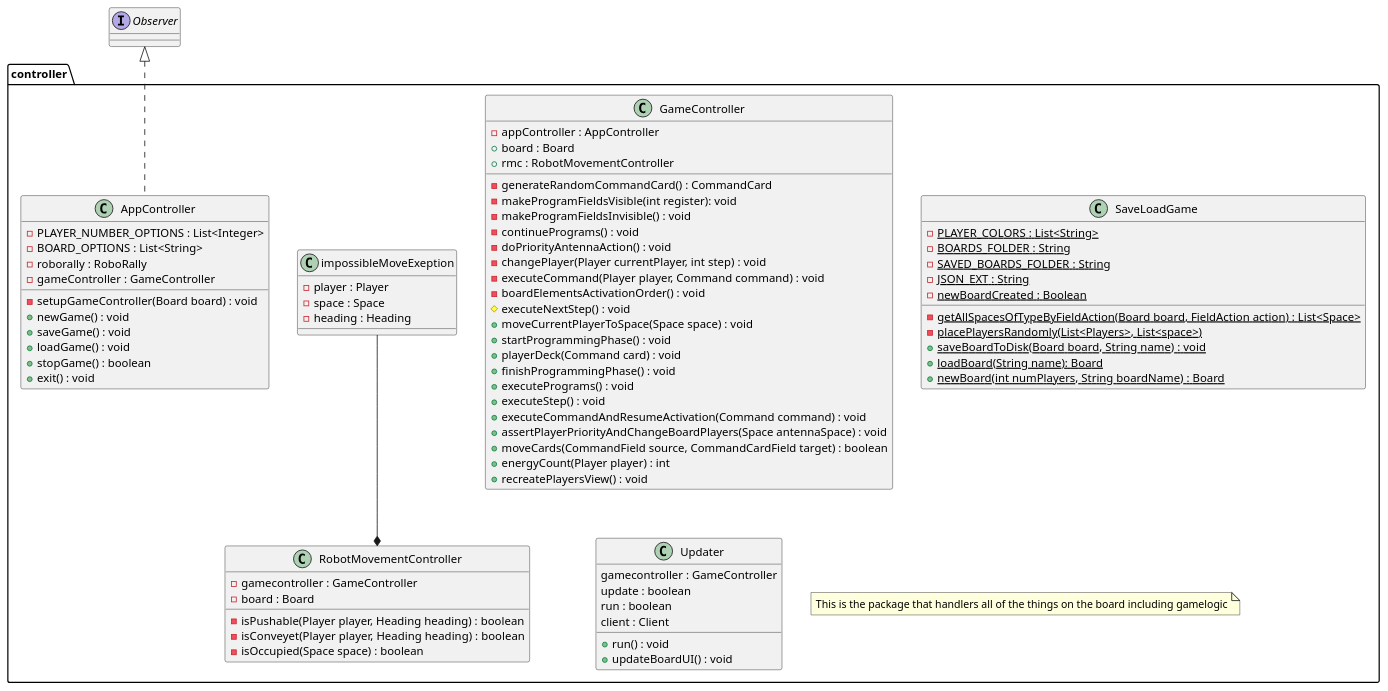
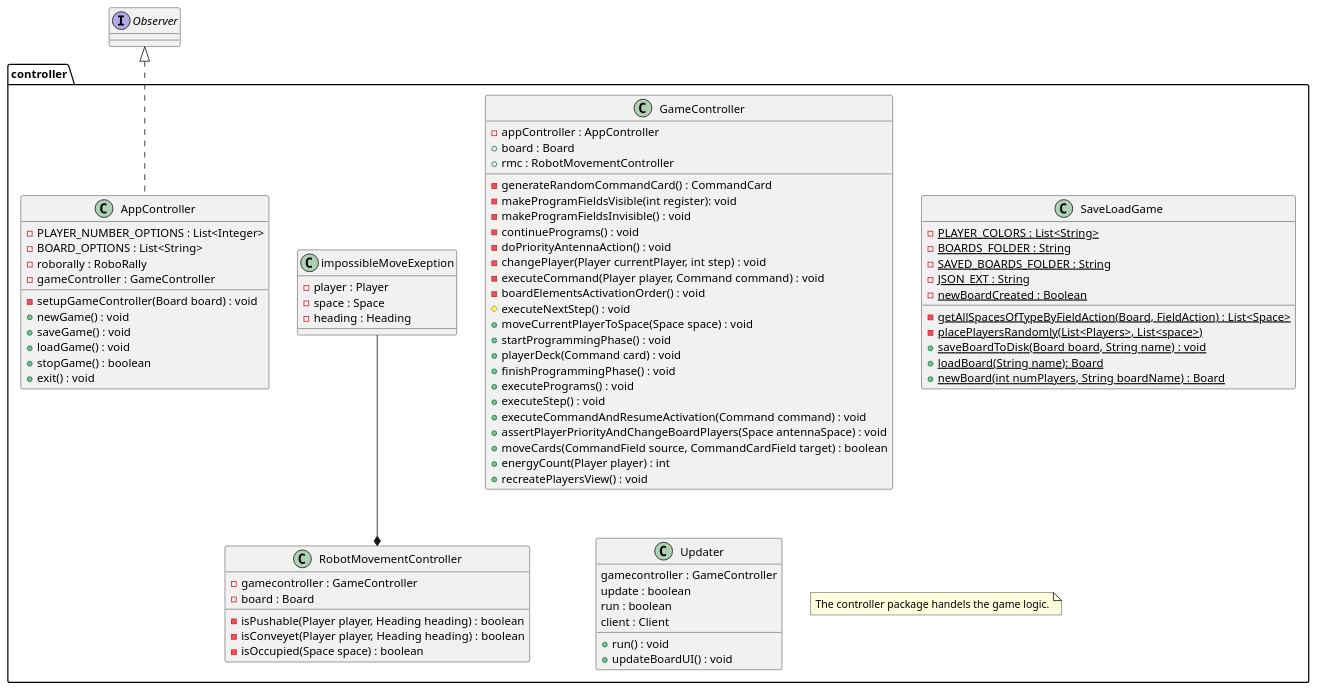
The diagram in diagrams/DesignClassDiagramPackageController.puml (MikaelFangel/RoboRally), drawn with PlantUML before and after one commit.

Commit message:
Updates to DesignClassDiagramPackageController.puml.

```diff
--- a/diagrams/DesignClassDiagramPackageController.puml
+++ b/diagrams/DesignClassDiagramPackageController.puml
@@ -1,87 +1,87 @@
 @startuml
 package controller{
 skinparam groupInheritance 2
 skinparam linetype polyline
    class AppController{
       -PLAYER_NUMBER_OPTIONS : List<Integer>
       -BOARD_OPTIONS : List<String>
       -roborally : RoboRally
       -gameController : GameController
 
       -setupGameController(Board board) : void
       +newGame() : void
       +saveGame() : void
       +loadGame() : void
       +stopGame() : boolean
       +exit() : void
    }
    class GameController{
       -appController : AppController
       +board : Board
       +rmc : RobotMovementController
 
       -generateRandomCommandCard() : CommandCard
       -makeProgramFieldsVisible(int register): void
       -makeProgramFieldsInvisible() : void
       -continuePrograms() : void
       -doPriorityAntennaAction() : void
       -changePlayer(Player currentPlayer, int step) : void
       -executeCommand(Player player, Command command) : void
       -boardElementsActivationOrder() : void
       #executeNextStep() : void
       +moveCurrentPlayerToSpace(Space space) : void
       +startProgrammingPhase() : void
       +playerDeck(Command card) : void
       +finishProgrammingPhase() : void
       +executePrograms() : void
       +executeStep() : void
       +executeCommandAndResumeActivation(Command command) : void
       +assertPlayerPriorityAndChangeBoardPlayers(Space antennaSpace) : void
       +moveCards(CommandField source, CommandCardField target) : boolean
       +energyCount(Player player) : int
       +recreatePlayersView() : void
    }
    class RobotMovementController{
       -gamecontroller : GameController
       -board : Board
 
       -isPushable(Player player, Heading heading) : boolean
       -isConveyet(Player player, Heading heading) : boolean
       -isOccupied(Space space) : boolean
 
    }
    class impossibleMoveExeption{
       -player : Player
       -space : Space
       -heading : Heading
    }
    class SaveLoadGame{
       {Static} -PLAYER_COLORS : List<String>
       {Static} -BOARDS_FOLDER : String
       {Static} -SAVED_BOARDS_FOLDER : String
       {Static} -JSON_EXT : String
       {Static} -newBoardCreated : Boolean
 
-      {static} -getAllSpacesOfTypeByFieldAction(Board board, FieldAction action) : List<Space>
+      {static} -getAllSpacesOfTypeByFieldAction(Board, FieldAction) : List<Space>
       {Static} -placePlayersRandomly(List<Players>, List<space>)
       {Static} +saveBoardToDisk(Board board, String name) : void
       {Static} +loadBoard(String name): Board
       {Static} +newBoard(int numPlayers, String boardName) : Board
    }
    class Updater{
       gamecontroller : GameController
       update : boolean
       run : boolean
       client : Client
 
      +run() : void
      +updateBoardUI() : void
    }
    RobotMovementController *-u- impossibleMoveExeption
-   note "This is the package that handlers all of the things on the board including gamelogic" as note1
+   note "The controller package handels the game logic." as note1
 }
 
 interface Observer{
 }
-Observer <|.. AppController
+Observer <|.d. AppController
 @enduml
```
